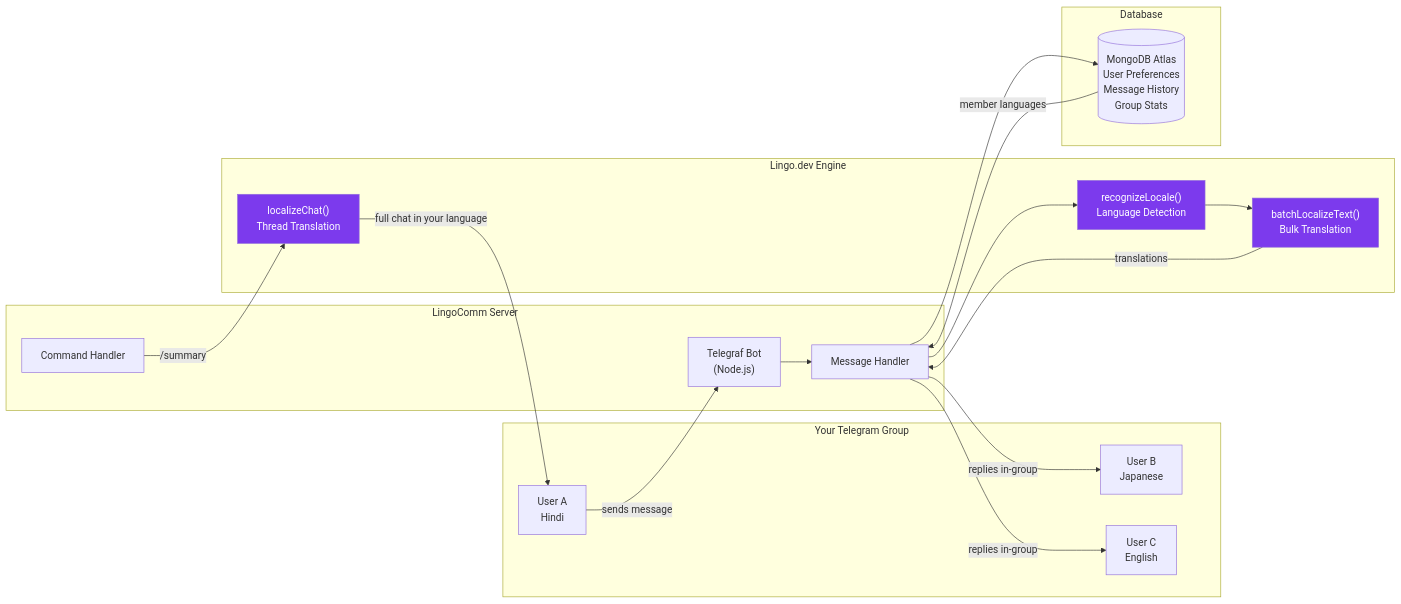
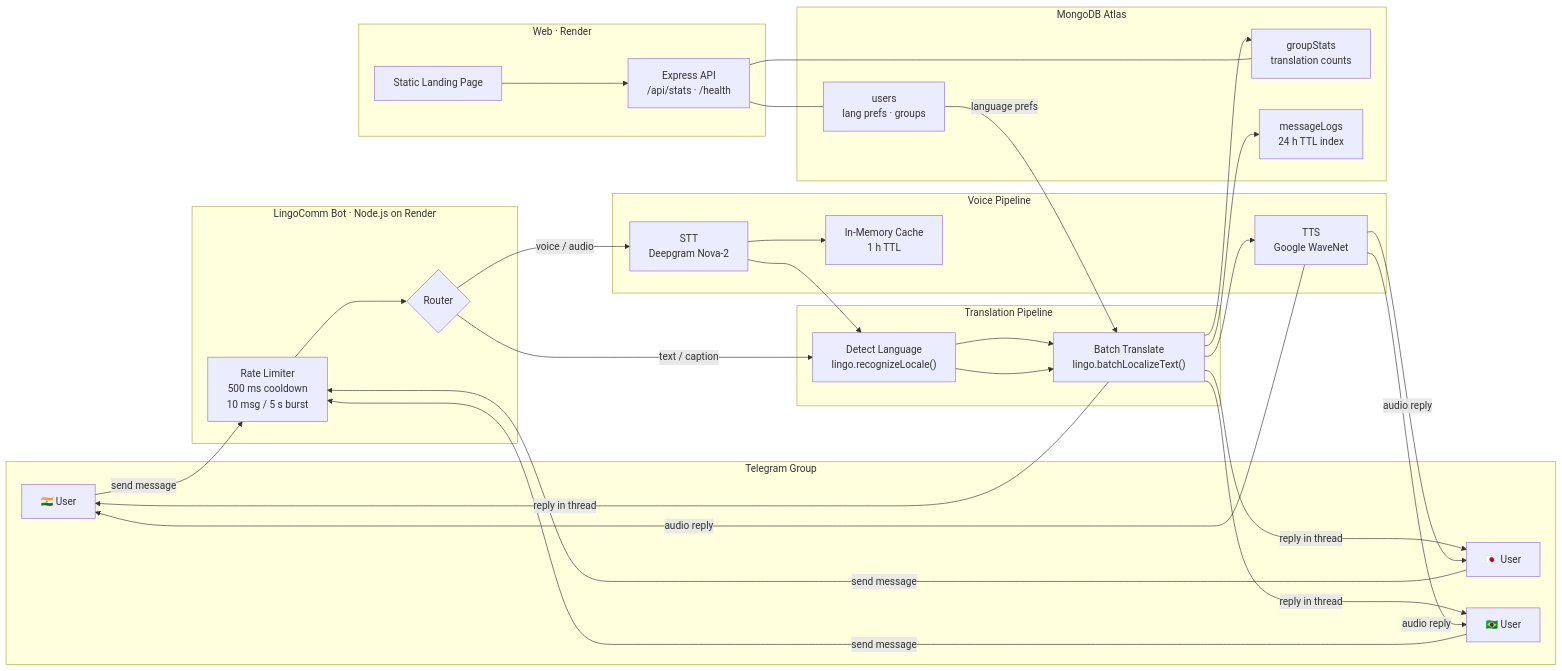
One commit to Swayam42/lingocomm changed the first of 2 diagrams in README.md. Above: the diagram before and after it, drawn with Mermaid. The commit also changed other lines of this file, not shown here.

````diff
--- a/README.md
+++ b/README.md
@@ -514,41 +61,47 @@
 ```mermaid
-graph LR
-    subgraph "Your Telegram Group"
-        U1["User A\nHindi"]
-        U2["User B\nJapanese"]
-        U3["User C\nEnglish"]
+flowchart LR
+    subgraph Users["Telegram Group"]
+        U1["🇮🇳 User"]
+        U2["🇯🇵 User"]
+        U3["🇧🇷 User"]
     end
 
-    subgraph "LingoComm Server"
-        BOT["Telegraf Bot\n(Node.js)"]
-        MSG["Message Handler"]
-        CMD["Command Handler"]
+    subgraph Bot["LingoComm Bot · Node.js on Render"]
+        RL["Rate Limiter\n500 ms cooldown\n10 msg / 5 s burst"]
+        H{"Router"}
     end
 
-    subgraph "Lingo.dev Engine"
-        RL["recognizeLocale()\nLanguage Detection"]
-        BL["batchLocalizeText()\nBulk Translation"]
-        LC["localizeChat()\nThread Translation"]
+    subgraph Pipeline["Translation Pipeline"]
+        D["Detect Language\nlingo.recognizeLocale()"]
+        B["Batch Translate\nlingo.batchLocalizeText()"]
     end
 
-    subgraph "Database"
-        DB[("MongoDB Atlas\nUser Preferences\nMessage History\nGroup Stats")]
+    subgraph Voice["Voice Pipeline"]
+        DG["STT\nDeepgram Nova-2"]
+        TTS["TTS\nGoogle WaveNet"]
+        VC["In-Memory Cache\n1 h TTL"]
     end
 
-    U1 -->|"sends message"| BOT
-    BOT --> MSG
-    MSG --> RL
-    RL --> BL
-    BL -->|"translations"| MSG
-    MSG --> DB
-    DB -->|"member languages"| MSG
-    MSG -->|"replies in-group"| U2
-    MSG -->|"replies in-group"| U3
+    subgraph Data["MongoDB Atlas"]
+        DB1["users\nlang prefs · groups"]
+        DB2["groupStats\ntranslation counts"]
+        DB3["messageLogs\n24 h TTL index"]
+    end
 
-    CMD -->|"/summary"| LC
-    LC -->|"full chat in your language"| U1
+    subgraph Web["Web · Render"]
+        EX["Express API\n/api/stats · /health"]
+        FE["Static Landing Page"]
+    end
 
-    style BL fill:#7c3aed,color:#fff
-    style RL fill:#7c3aed,color:#fff
-    style LC fill:#7c3aed,color:#fff
+    U1 & U2 & U3 -->|send message| RL
+    RL --> H
+    H -->|text / caption| D --> B
+    H -->|voice / audio| DG --> D --> B --> TTS
+    B -->|reply in thread| U1 & U2 & U3
+    TTS -->|audio reply| U1 & U2 & U3
+    DG --> VC
+    DB1 -->|language prefs| B
+    B --> DB3 & DB2
+    EX --- DB1 & DB2
+    FE --> EX
 ```
````
